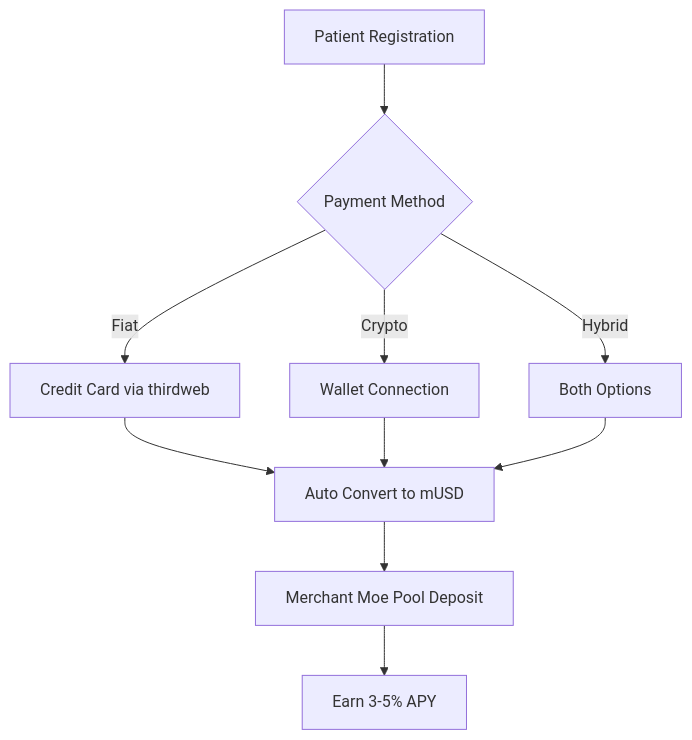
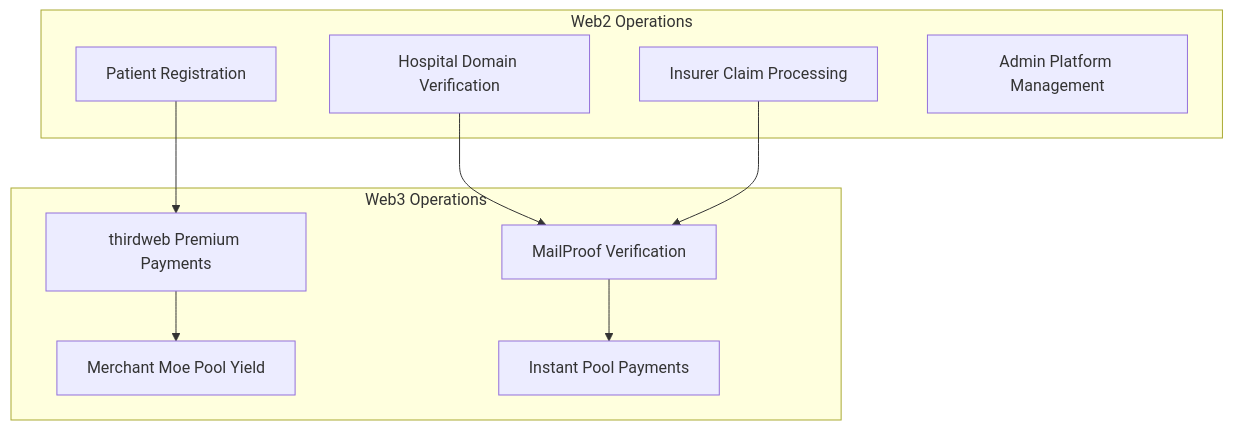
The second of 3 diagrams in memory-bank/projectbrief.md (ppezzull/zkMed), drawn with Mermaid before and after one commit. The commit also changed other lines of this file and 5 other files, not shown here.

````diff
--- a/memory-bank/projectbrief.md
+++ b/memory-bank/projectbrief.md
@@ -36,14 +73,22 @@
 ```mermaid
-graph TD
-    A[Patient Registration] --> B{Payment Method}
-    B -->|Fiat| C[Credit Card via thirdweb]
-    B -->|Crypto| D[Wallet Connection]
-    B -->|Hybrid| E[Both Options]
+graph TB
+    subgraph "Web2 Operations"
+        A[Patient Registration]
+        B[Hospital Domain Verification]
+        C[Insurer Claim Processing]
+        D[Admin Platform Management]
+    end
     
-    C --> F[Auto Convert to mUSD]
-    D --> F
+    subgraph "Web3 Operations"
+        E[thirdweb Premium Payments]
+        F[Merchant Moe Pool Yield]
+        G[MailProof Verification]
+        H[Instant Pool Payments]
+    end
+    
+    A --> E
+    B --> G
+    C --> G
+    G --> H
     E --> F
-    
-    F --> G[Merchant Moe Pool Deposit]
-    G --> H[Earn 3-5% APY]
 ```
````
